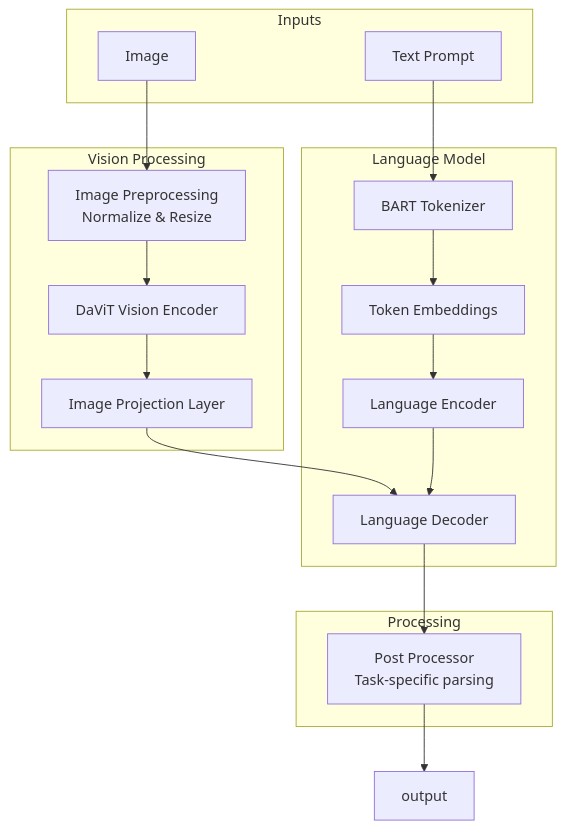
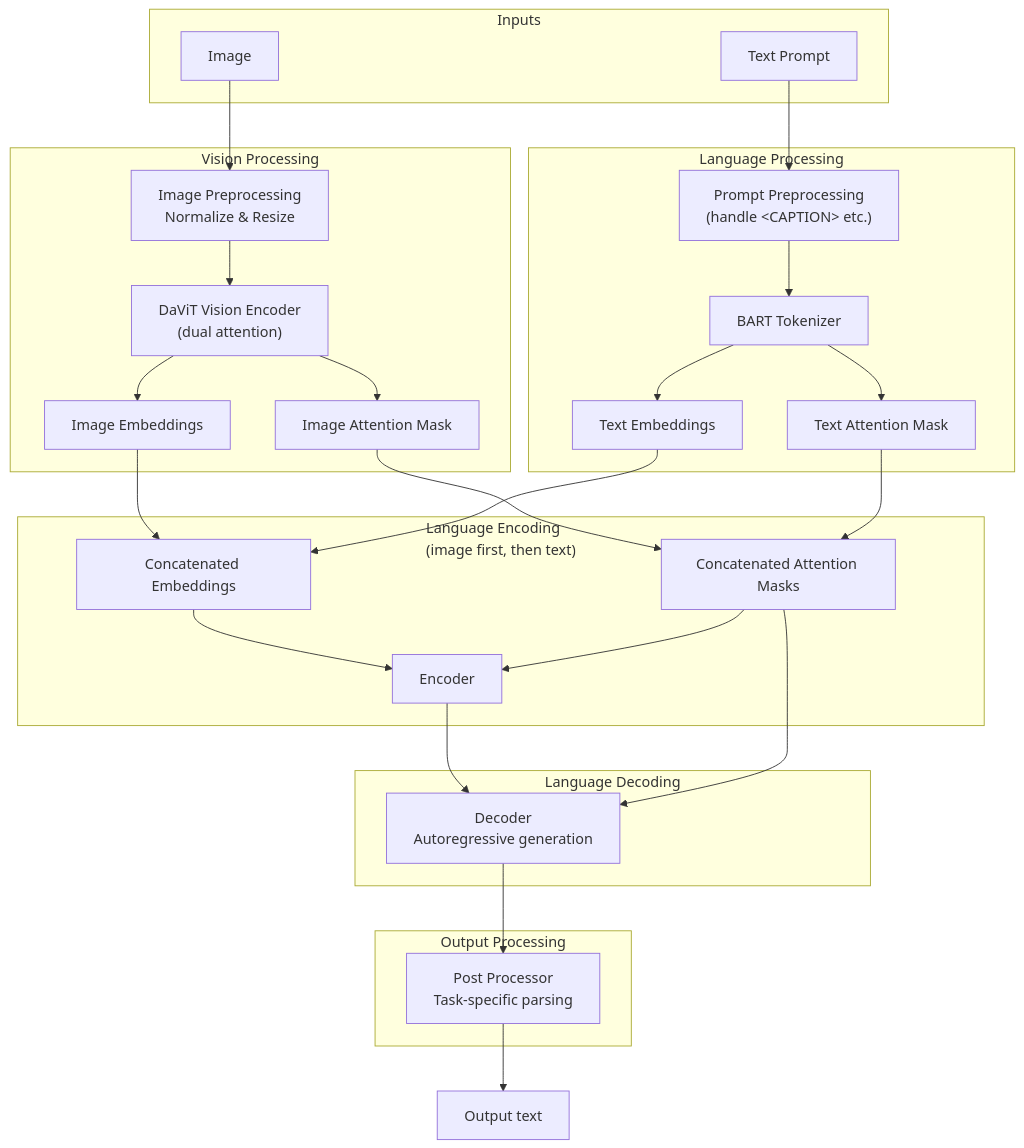
The diagram in research/docs/florence-2-diagram.md (dansav/florence-2-sharp), drawn with Mermaid before and after one commit.

Commit message:
Update Florence-2 diagram to enhance clarity and detail in processing flow

````diff
--- a/research/docs/florence-2-diagram.md
+++ b/research/docs/florence-2-diagram.md
@@ -3,36 +3,54 @@
 ```mermaid
 flowchart TB
     subgraph Inputs
-        img[Image]
-        txt[Text Prompt]
+        img["Image"]
+        txt["Text Prompt"]
     end
 
     subgraph Vision Processing
-        preproc[Image Preprocessing\nNormalize & Resize]
-        davit[DaViT Vision Encoder]
-        proj[Image Projection Layer]
+        img_preproc["Image Preprocessing<br/>Normalize & Resize"]
+        img_davit["DaViT Vision Encoder<br />(dual attention)"]
+        img_proj["Image Embeddings"]
+        img_mask["Image Attention Mask"]
     end
 
-    subgraph Language Model
-        tok[BART Tokenizer]
-        embed[Token Embeddings]
-        lmenc[Language Encoder]
-        lmdec[Language Decoder]
+    subgraph Language Processing
+        txt_preproc["Prompt Preprocessing<br/>(handle &lt;CAPTION&gt; etc.)"]
+        txt_tok["BART Tokenizer"]
+        txt_embed["Text Embeddings"]
+        txt_mask["Text Attention Mask"]
     end
 
-    subgraph Processing
-        post[Post Processor\nTask-specific parsing]
+    subgraph "Language Encoding<br/>(image first, then text)"
+        concat_feat["Concatenated Embeddings"]
+        concat_mask["Concatenated Attention Masks"]
+        lm_encoder["Encoder"]
     end
 
-    img --> preproc
-    preproc --> davit
-    davit --> proj
+    subgraph Language Decoding
+        lm_decoder["Decoder<br/>Autoregressive generation"]
+    end
 
-    txt --> tok
-    tok --> embed
-    embed --> lmenc
+    subgraph Output Processing
+        post["Post Processor<br/>Task-specific parsing"]
+    end
+
+    output["Output text"]
+
+    img --> img_preproc
+    img_preproc --> img_davit
+    img_davit --> img_proj
+    img_proj --> concat_feat
+    img_davit --> img_mask --> concat_mask
+
+    txt --> txt_preproc --> txt_tok
+    txt_tok --> txt_embed --> concat_feat
+    txt_tok --> txt_mask --> concat_mask
+
+    concat_feat --> lm_encoder
+    concat_mask --> lm_encoder
     
-    proj --> lmdec
-    lmenc --> lmdec
-    lmdec --> post --> output
+    lm_encoder --> lm_decoder
+    concat_mask --> lm_decoder
+    lm_decoder --> post --> output
 ```
````
